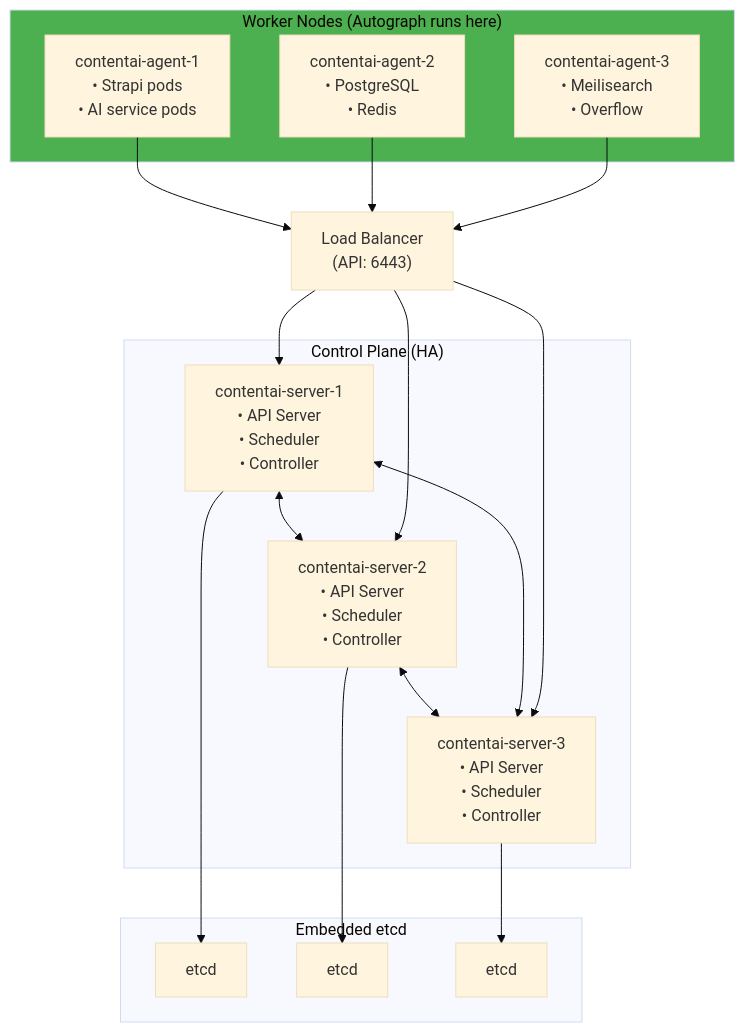
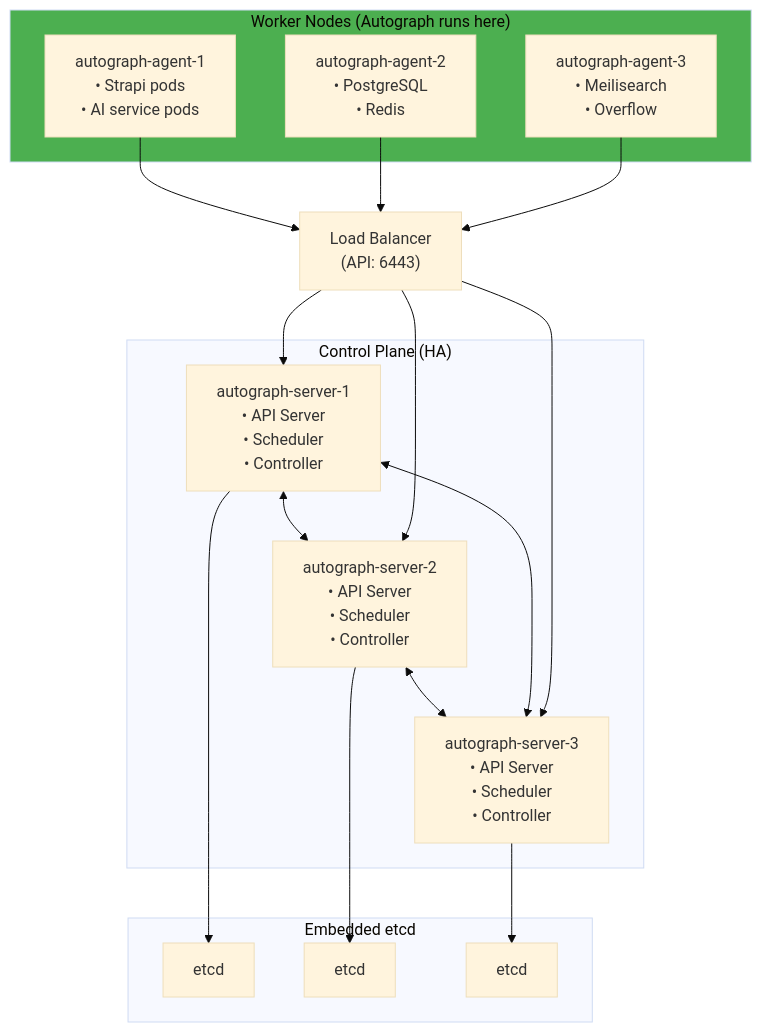
The second of 11 diagrams in DevOps/02-Engineering/04-Container-Orchestration.md (PearlThoughtsInternship/Internship-Obsidian-Vault), drawn with Mermaid (base theme) before and after one commit. The commit also changed other lines of this file and 7 other files, not shown here.

````diff
--- a/DevOps/02-Engineering/04-Container-Orchestration.md
+++ b/DevOps/02-Engineering/04-Container-Orchestration.md
@@ -58,39 +58,39 @@
 ```mermaid
 flowchart TB
     subgraph CP["Control Plane (HA)"]
-        S1["contentai-server-1\n• API Server\n• Scheduler\n• Controller"]
-        S2["contentai-server-2\n• API Server\n• Scheduler\n• Controller"]
-        S3["contentai-server-3\n• API Server\n• Scheduler\n• Controller"]
+        S1["autograph-server-1\n• API Server\n• Scheduler\n• Controller"]
+        S2["autograph-server-2\n• API Server\n• Scheduler\n• Controller"]
+        S3["autograph-server-3\n• API Server\n• Scheduler\n• Controller"]
 
         S1 <--> S2 <--> S3
         S1 <--> S3
     end
 
     subgraph Datastore["Embedded etcd"]
         E1["etcd"]
         E2["etcd"]
         E3["etcd"]
     end
 
     subgraph Workers["Worker Nodes (Autograph runs here)"]
-        A1["contentai-agent-1\n• Strapi pods\n• AI service pods"]
-        A2["contentai-agent-2\n• PostgreSQL\n• Redis"]
-        A3["contentai-agent-3\n• Meilisearch\n• Overflow"]
+        A1["autograph-agent-1\n• Strapi pods\n• AI service pods"]
+        A2["autograph-agent-2\n• PostgreSQL\n• Redis"]
+        A3["autograph-agent-3\n• Meilisearch\n• Overflow"]
     end
 
     LB["Load Balancer\n(API: 6443)"]
 
     LB --> S1
     LB --> S2
     LB --> S3
 
     S1 --> E1
     S2 --> E2
     S3 --> E3
 
     A1 --> LB
     A2 --> LB
     A3 --> LB
 
     style Workers fill:#4CAF50
 ```
````
